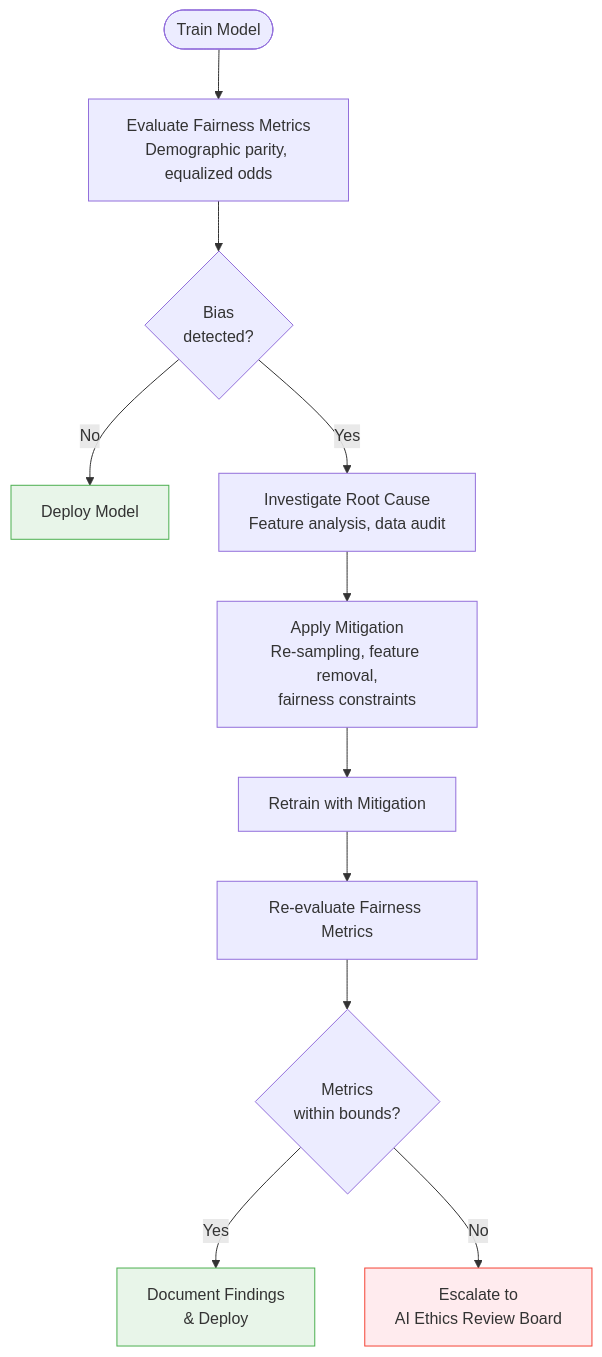
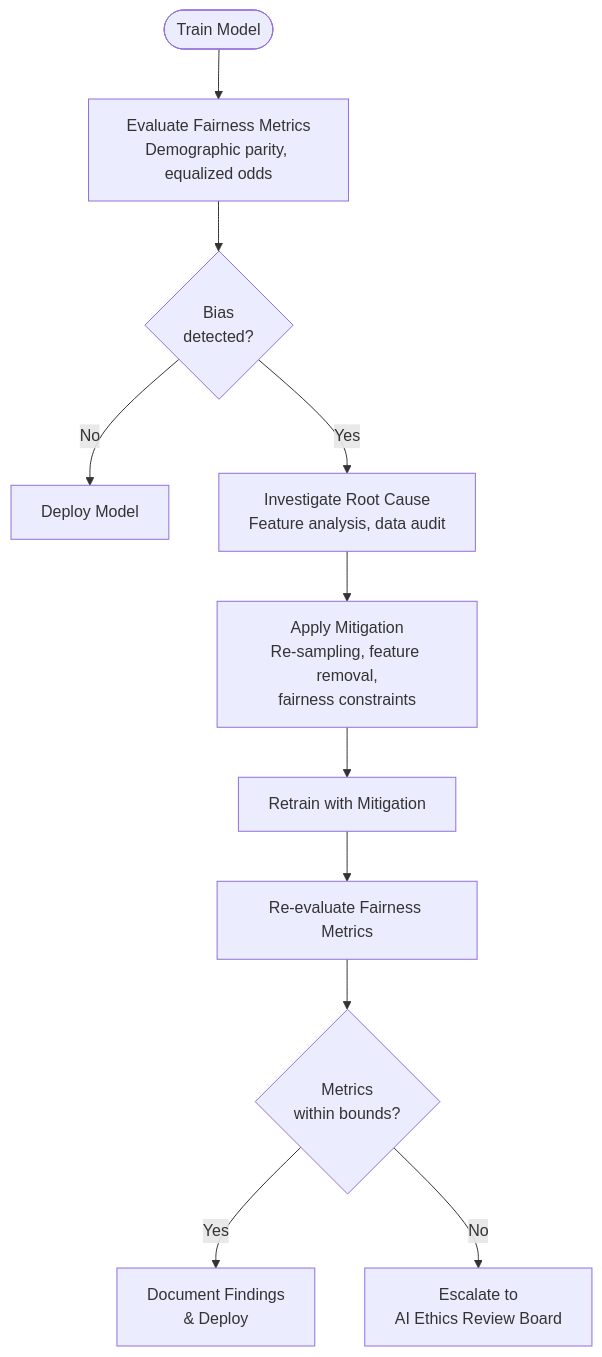
The first of 4 diagrams in 10-ai-ml-platform/02-ai-governance.md (rishikeshdhokare/platform-manifesto), drawn with Mermaid before and after one commit. The commit also changed other lines of this file and 14 other files, not shown here.

First line of the commit message:
fix: remove mermaid style directives (119 lines across 15 files)

````diff
--- a/10-ai-ml-platform/02-ai-governance.md
+++ b/10-ai-ml-platform/02-ai-governance.md
@@ -45,20 +45,17 @@
 ```mermaid
 flowchart TD
     Train([Train Model]) --> Evaluate[Evaluate Fairness Metrics<br/>Demographic parity, equalized odds]
     Evaluate --> BiasCheck{Bias<br/>detected?}
 
     BiasCheck -->|No| Deploy[Deploy Model]
     BiasCheck -->|Yes| Investigate[Investigate Root Cause<br/>Feature analysis, data audit]
 
     Investigate --> Mitigate[Apply Mitigation<br/>Re-sampling, feature removal,<br/>fairness constraints]
     Mitigate --> Retrain[Retrain with Mitigation]
     Retrain --> ReEvaluate[Re-evaluate Fairness Metrics]
     ReEvaluate --> PassCheck{Metrics<br/>within bounds?}
 
     PassCheck -->|Yes| Document[Document Findings<br/>& Deploy]
     PassCheck -->|No| Escalate[Escalate to<br/>AI Ethics Review Board]
 
-    style Deploy fill:#e8f5e9,stroke:#4caf50
-    style Document fill:#e8f5e9,stroke:#4caf50
-    style Escalate fill:#ffebee,stroke:#f44336
 ```
````
